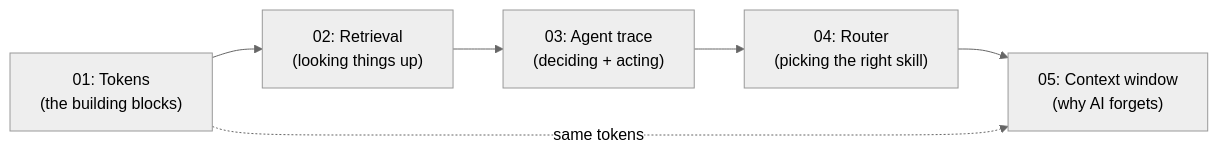
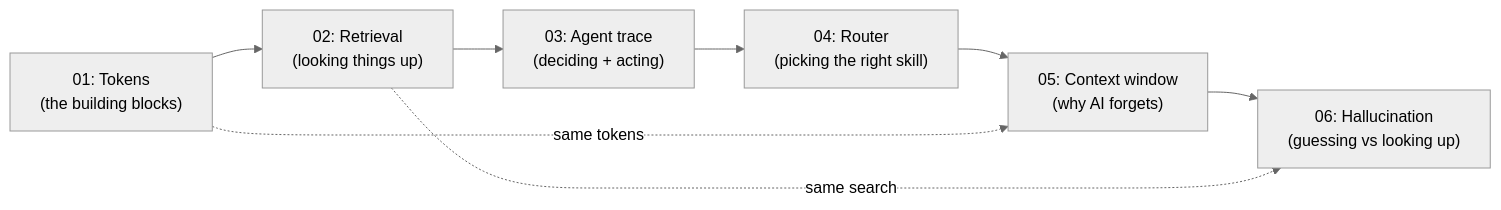
Before and after one commit to khadir-syed/k-ai-basics: the diagram in README.md, drawn with Mermaid (neutral theme). The commit also changed other lines of this file and 8 other files, not shown here.

````diff
--- a/README.md
+++ b/README.md
@@ -65,8 +68,10 @@
 ```mermaid
 flowchart LR
     A["01: Tokens\n(the building blocks)"] --> B["02: Retrieval\n(looking things up)"]
     B --> C["03: Agent trace\n(deciding + acting)"]
     C --> D["04: Router\n(picking the right skill)"]
     D --> E["05: Context window\n(why AI forgets)"]
     A -.->|"same tokens"| E
+    E --> F["06: Hallucination\n(guessing vs looking up)"]
+    B -.->|"same search"| F
 ```
````
